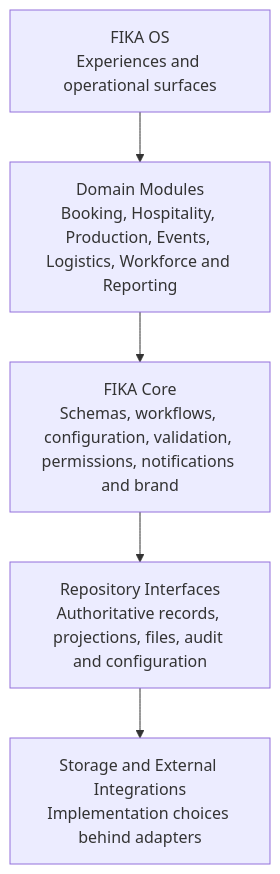
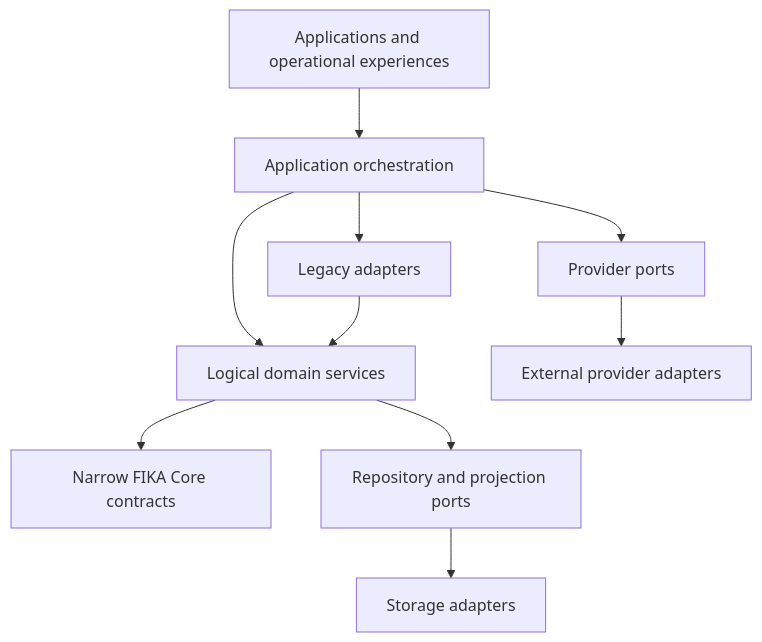
One commit to derekfika/fika-os changed the first of 2 diagrams in docs/target-architecture.md. Above: the diagram before and after it, drawn with Mermaid. The commit also changed other lines of this file and 16 other files, not shown here.

Commit message:
docs(architecture): establish initial stage 6 boundaries

````diff
--- a/docs/target-architecture.md
+++ b/docs/target-architecture.md
@@ -11,10 +11,12 @@
 ```mermaid
-flowchart TB
-  OS["FIKA OS\nExperiences and operational surfaces"]
-  DOM["Domain Modules\nBooking, Hospitality, Production, Events, Logistics, Workforce and Reporting"]
-  CORE["FIKA Core\nSchemas, workflows, configuration, validation, permissions, notifications and brand"]
-  REPO["Repository Interfaces\nAuthoritative records, projections, files, audit and configuration"]
-  INFRA["Storage and External Integrations\nImplementation choices behind adapters"]
-
-  OS --> DOM --> CORE --> REPO --> INFRA
+flowchart TD
+    A["Applications and operational experiences"] --> O["Application orchestration"]
+    O --> D["Logical domain services"]
+    D --> C["Narrow FIKA Core contracts"]
+    D --> R["Repository and projection ports"]
+    O --> P["Provider ports"]
+    R --> I["Storage adapters"]
+    P --> X["External provider adapters"]
+    O --> L["Legacy adapters"]
+    L --> D
 ```
````
